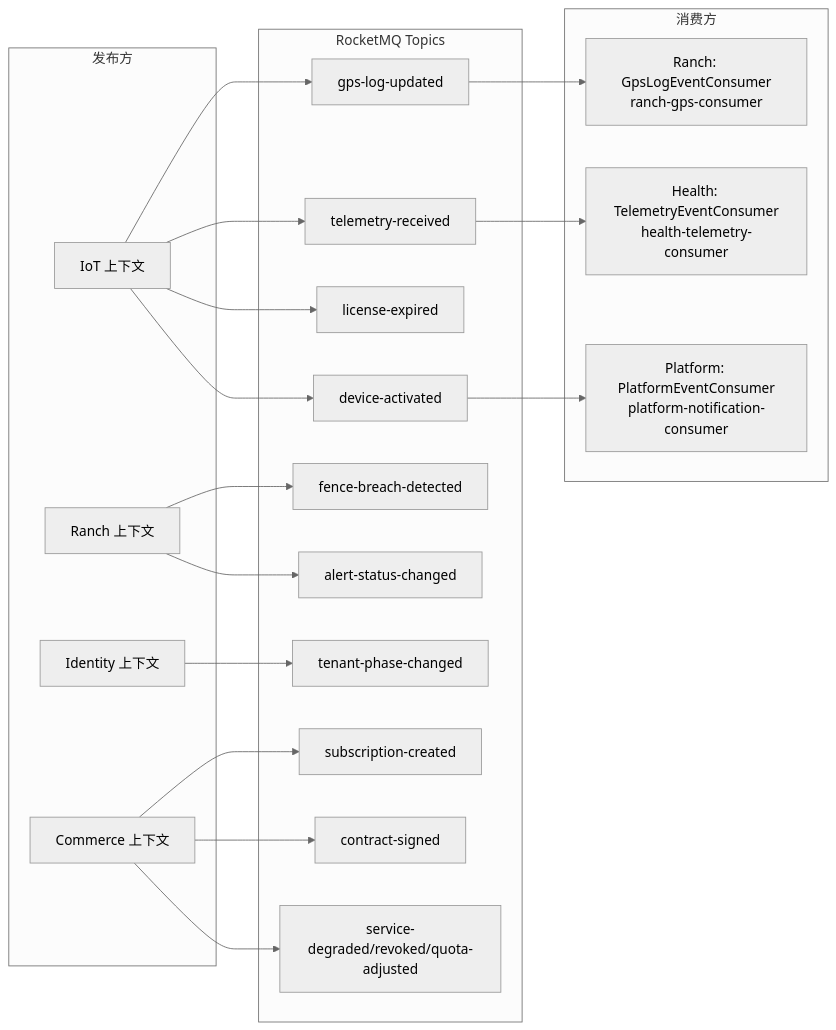
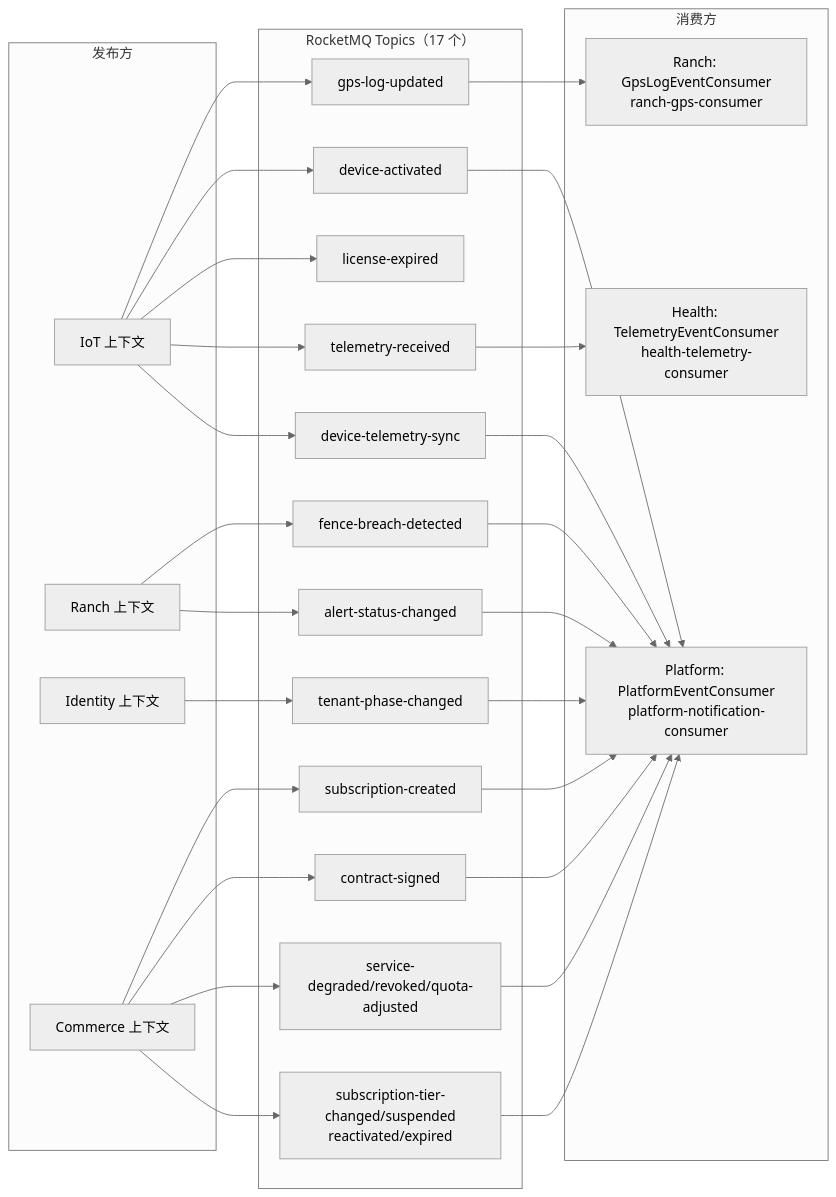
Diagram 11 of 17 in docs/product/system-architecture.md (aime4eve/smart-livestock), drawn with Mermaid (neutral theme) before and after one commit. The commit also changed other lines of this file and 6 other files, not shown here.

````diff
--- a/docs/product/system-architecture.md
+++ b/docs/product/system-architecture.md
@@ -603,37 +668,39 @@
 ```mermaid
 graph LR
     subgraph 发布方
         IOTPUB[IoT 上下文]
         RANCHPUB[Ranch 上下文]
         IDPUB[Identity 上下文]
         COMPUB[Commerce 上下文]
     end
 
-    subgraph "RocketMQ Topics"
+    subgraph "RocketMQ Topics（17 个）"
         T1[gps-log-updated]
         T2[device-activated]
         T3[license-expired]
         T4[telemetry-received]
         T5[fence-breach-detected]
         T6[alert-status-changed]
         T7[tenant-phase-changed]
         T8[subscription-created]
         T9[contract-signed]
         T10[service-degraded/revoked/quota-adjusted]
+        T11[device-telemetry-sync]
+        T12[subscription-tier-changed/suspended<br/>reactivated/expired]
     end
 
     subgraph 消费方
         CONSUMER1["Ranch: GpsLogEventConsumer<br/>ranch-gps-consumer"]
         CONSUMER2["Health: TelemetryEventConsumer<br/>health-telemetry-consumer"]
         CONSUMER3["Platform: PlatformEventConsumer<br/>platform-notification-consumer"]
     end
 
-    IOTPUB --> T1 & T2 & T3 & T4
+    IOTPUB --> T1 & T2 & T3 & T4 & T11
     RANCHPUB --> T5 & T6
     IDPUB --> T7
-    COMPUB --> T8 & T9 & T10
+    COMPUB --> T8 & T9 & T10 & T12
 
     T1 --> CONSUMER1
     T4 --> CONSUMER2
-    T2 --> CONSUMER3
+    T2 & T5 & T6 & T7 & T8 & T9 & T10 & T11 & T12 --> CONSUMER3
 ```
````
